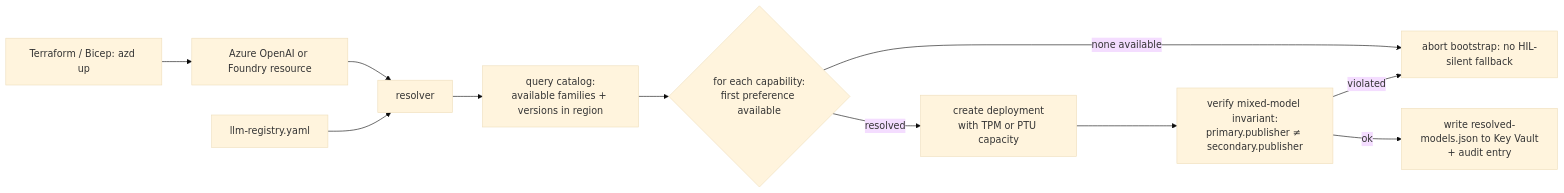
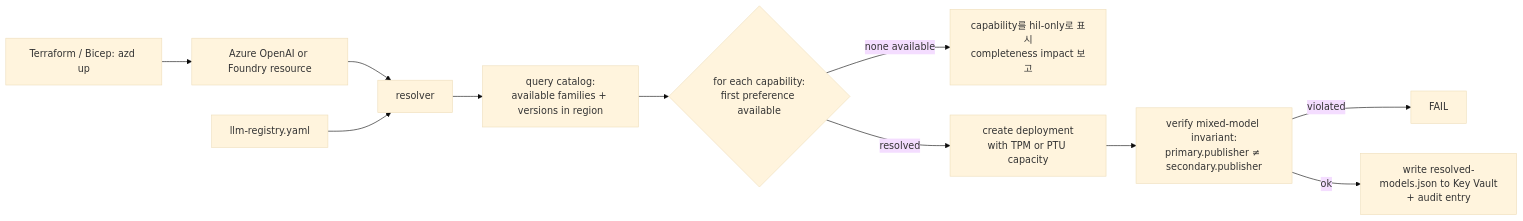
The second of 4 diagrams in docs/roadmap/architecture/llm-strategy-ko.md (dotnetpower/fdai), drawn with Mermaid (base theme) before and after one commit. The commit also changed other lines of this file and 747 other files, not shown here.

First line of the commit message:
feat: complete governed autonomy roadmap

````diff
--- a/docs/roadmap/architecture/llm-strategy-ko.md
+++ b/docs/roadmap/architecture/llm-strategy-ko.md
@@ -284,13 +284,13 @@
 ```mermaid
 flowchart LR
     IAC[Terraform / Bicep: azd up] --> AOAI[Azure OpenAI or Foundry resource]
     AOAI --> RES[resolver]
     REG[llm-registry.yaml] --> RES
     RES --> CAT[query catalog:<br/>available families + versions in region]
     CAT --> PICK{for each capability:<br/>first preference available}
-    PICK -->|none available| FAIL[abort bootstrap: no HIL-silent fallback]
+    PICK -->|none available| HIL[capability를 hil-only로 표시<br/>completeness impact 보고]
     PICK -->|resolved| DEPLOY[create deployment<br/>with TPM or PTU capacity]
     DEPLOY --> INV[verify mixed-model invariant:<br/>primary.publisher ≠ secondary.publisher]
     INV -->|violated| FAIL
     INV -->|ok| MAP[write resolved-models.json to Key Vault<br/>+ audit entry]
 ```
````
